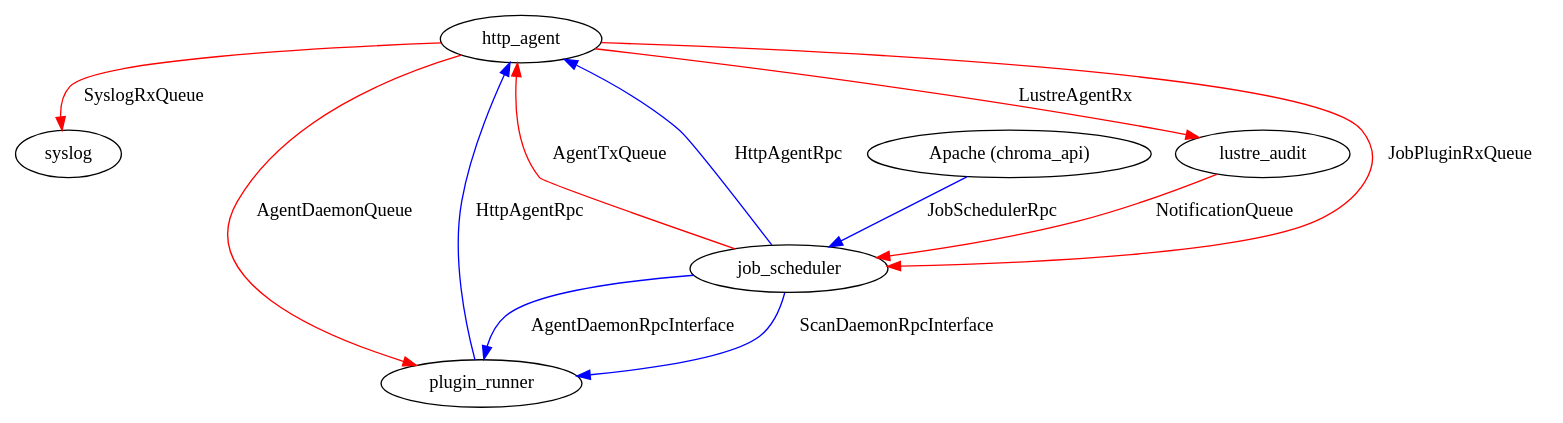
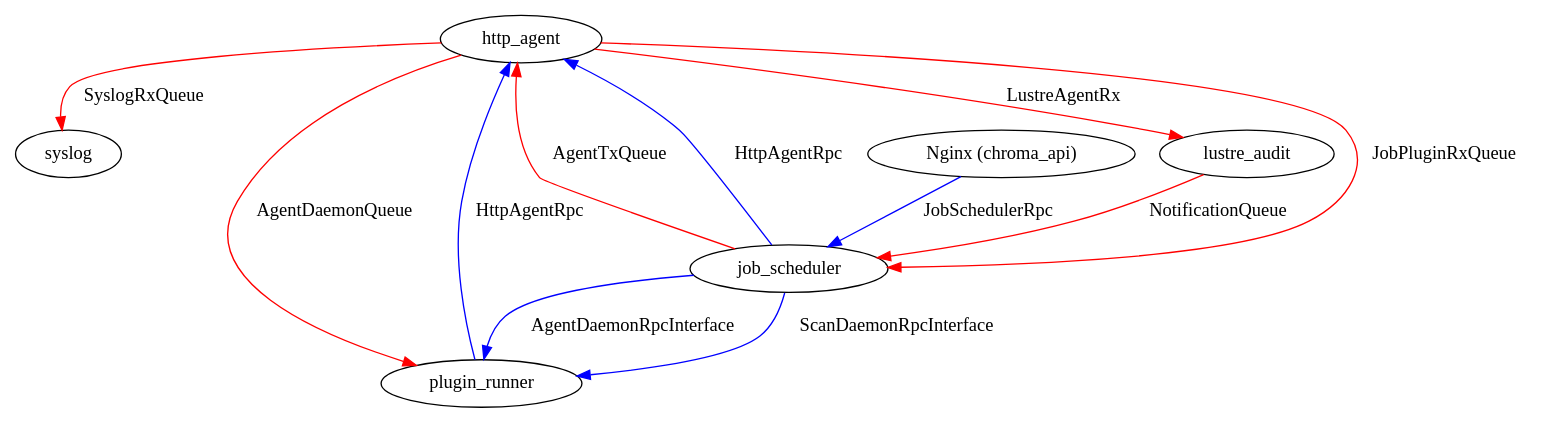
Before and after one commit to whamcloud/integrated-manager-for-lustre: the fifth of 5 diagrams in chroma-manager/docs/internals/manager/dataflow.rst, drawn with Graphviz. The commit also changed other lines of this file and 43 other files, not shown here.

First line of the commit message:
HYD-4266 Replace Apache with Nginx

```diff
--- a/chroma-manager/docs/internals/manager/dataflow.rst
+++ b/chroma-manager/docs/internals/manager/dataflow.rst
@@ -93,16 +93,16 @@
 .. graphviz::
 
     digraph all_ipc {
        http_agent -> syslog [label="SyslogRxQueue",color=red]
        http_agent -> plugin_runner [label="AgentDaemonQueue",color=red]
        http_agent -> lustre_audit [label="LustreAgentRx",color=red]
        lustre_audit -> job_scheduler [label="NotificationQueue",color=red]
        job_scheduler -> http_agent [label="AgentTxQueue",color=red]
        http_agent -> job_scheduler [label="JobPluginRxQueue",color=red]
 
        plugin_runner -> http_agent [label="HttpAgentRpc",color=blue]
        job_scheduler -> http_agent [label="HttpAgentRpc",color=blue]
-       "Apache (chroma_api)" -> job_scheduler [label="JobSchedulerRpc",color=blue]
+       "Nginx (chroma_api)" -> job_scheduler [label="JobSchedulerRpc",color=blue]
        job_scheduler -> plugin_runner [label="AgentDaemonRpcInterface",color=blue]
        job_scheduler -> plugin_runner [label="ScanDaemonRpcInterface",color=blue]
     }
```
